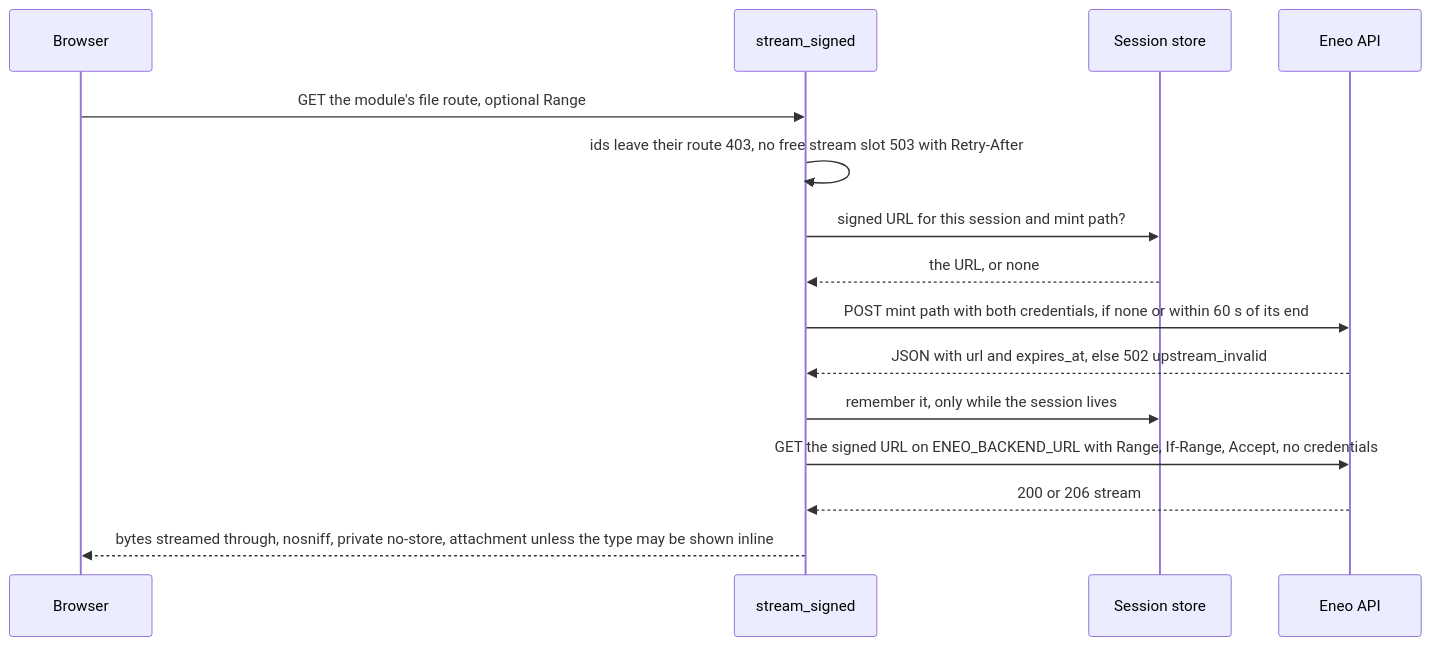
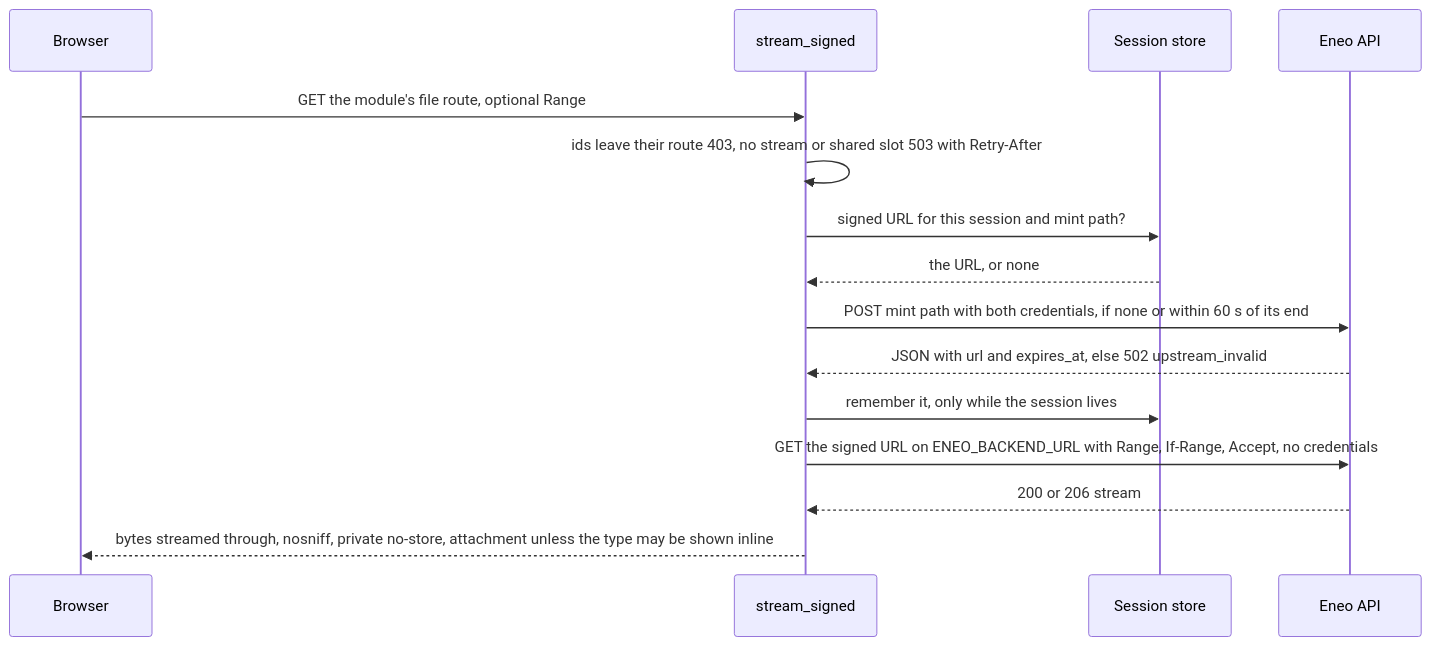
One commit to eneo-ai/eneo-module-kit changed the eighth of 9 diagrams in docs/architecture.md. Above: the diagram before and after it, drawn with Mermaid. The commit also changed other lines of this file and 21 other files, not shown here.

````diff
--- a/docs/architecture.md
+++ b/docs/architecture.md
@@ -211,17 +212,17 @@
 ```mermaid
 sequenceDiagram
   participant B as Browser
   participant S as stream_signed
   participant K as Session store
   participant A as Eneo API
   B->>S: GET the module's file route, optional Range
-  S->>S: ids leave their route 403, no free stream slot 503 with Retry-After
+  S->>S: ids leave their route 403, no stream or shared slot 503 with Retry-After
   S->>K: signed URL for this session and mint path?
   K-->>S: the URL, or none
   S->>A: POST mint path with both credentials, if none or within 60 s of its end
   A-->>S: JSON with url and expires_at, else 502 upstream_invalid
   S->>K: remember it, only while the session lives
   S->>A: GET the signed URL on ENEO_BACKEND_URL with Range, If-Range, Accept, no credentials
   A-->>S: 200 or 206 stream
   S-->>B: bytes streamed through, nosniff, private no-store, attachment unless the type may be shown inline
 ```
````
